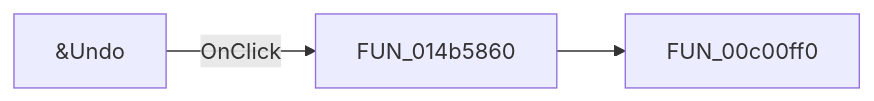
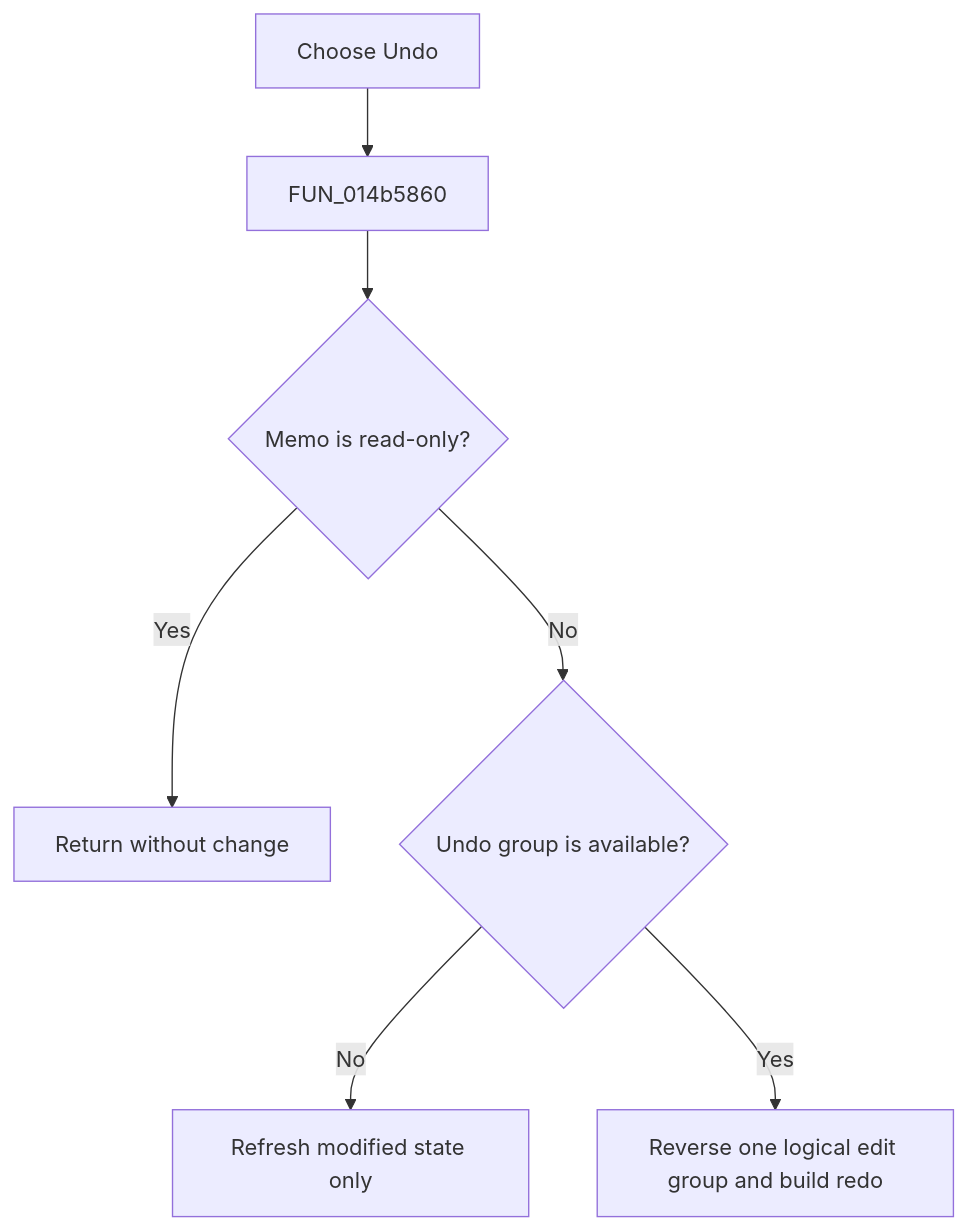
The diagram in docs/ui-controls/netlistviewer/miundo-f1ffe9d131.md (MovGP0/TIARA), drawn with Mermaid before and after one commit. The commit also changed other lines of this file and 1062 other files, not shown here.

````diff
--- a/docs/ui-controls/netlistviewer/miundo-f1ffe9d131.md
+++ b/docs/ui-controls/netlistviewer/miundo-f1ffe9d131.md
@@ -27,5 +27,9 @@
 ```mermaid
-flowchart LR
-    control["&Undo"] -->|OnClick| handler["FUN_014b5860"]
-    handler --> call1["FUN_00c00ff0"]
+flowchart TD
+    control["Choose Undo"] --> handler["FUN_014b5860"]
+    handler --> readonly{"Memo is read-only?"}
+    readonly -->|Yes| noop["Return without change"]
+    readonly -->|No| stack{"Undo group is available?"}
+    stack -->|No| state["Refresh modified state only"]
+    stack -->|Yes| undo["Reverse one logical edit group and build redo"]
 ```
````
